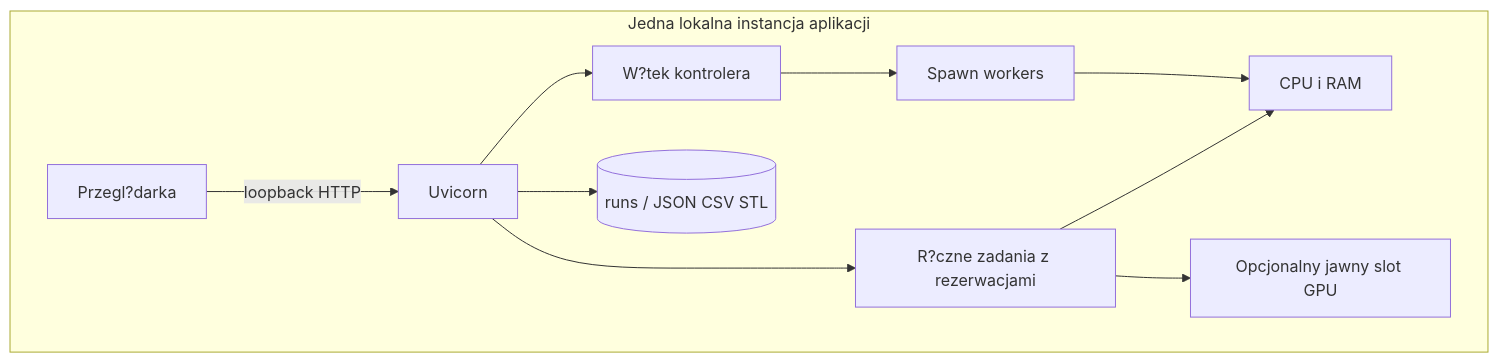
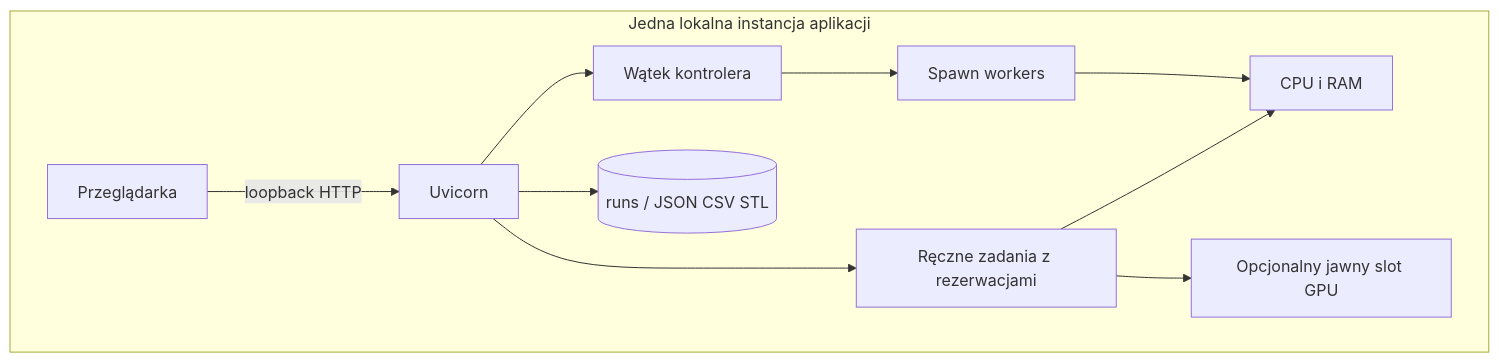
Before and after one commit to Fiooodooor/NeuroSkin: the fourth of 4 diagrams in docs/ARCHITECTURE.md, drawn with Mermaid. The commit also changed other lines of this file and 4 other files, not shown here.

````diff
--- a/docs/ARCHITECTURE.md
+++ b/docs/ARCHITECTURE.md
@@ -67,13 +92,13 @@
 ```mermaid
 flowchart TB
   subgraph L[Jedna lokalna instancja aplikacji]
-    B[Przegl?darka] -->|loopback HTTP| S[Uvicorn]
-    S --> T[W?tek kontrolera]
+    B[Przeglądarka] -->|loopback HTTP| S[Uvicorn]
+    S --> T[Wątek kontrolera]
     T --> P[Spawn workers]
-    S --> R[R?czne zadania z rezerwacjami]
+    S --> R[Ręczne zadania z rezerwacjami]
     P --> CPU[CPU i RAM]
     R --> CPU
     R --> G[Opcjonalny jawny slot GPU]
     S --> D[(runs / JSON CSV STL)]
   end
 ```
````
